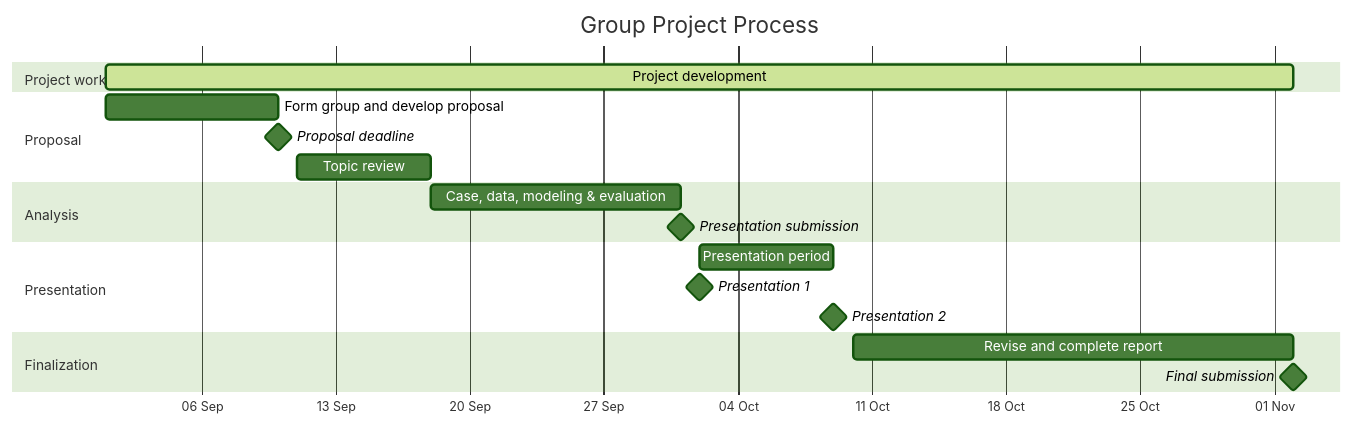
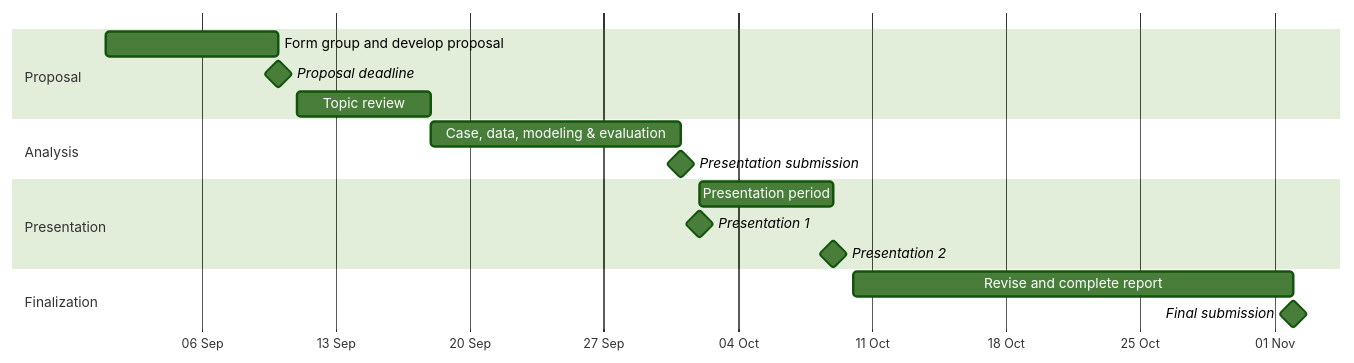
The diagram in group_work.qmd (fs-ise/machine-learning-for-big-data), drawn with Mermaid (forest theme) before and after one commit. The commit also changed other lines of this file, not shown here.

````diff
--- a/group_work.qmd
+++ b/group_work.qmd
@@ -96,31 +98,28 @@
 ```{mermaid}
 %%| fig-width: 6.5
+%%| fig-height: 3
 %%| fig-align: center
 
 gantt
-    title Group Project Process
     dateFormat YYYY-MM-DD
     axisFormat %d %b
     todayMarker off
-
-    section Project work
-    Project development               :active, project, 2026-09-01, 2026-11-02
 
     section Proposal
     Form group and develop proposal   :proposal, 2026-09-01, 2026-09-10
     Proposal deadline                 :milestone, 2026-09-10, 0d
     Topic review                      :review, 2026-09-11, 7d
 
     section Analysis
     Case, data, modeling & evaluation :analysis, 2026-09-18, 2026-10-01
     Presentation submission           :milestone, 2026-10-01, 0d
 
     section Presentation
     Presentation period               :present, 2026-10-02, 2026-10-09
     Presentation 1                    :milestone, 2026-10-02, 0d
     Presentation 2                    :milestone, 2026-10-09, 0d
 
     section Finalization
     Revise and complete report        :revision, 2026-10-10, 2026-11-02
     Final submission                  :milestone, 2026-11-02, 0d
 ```
````
